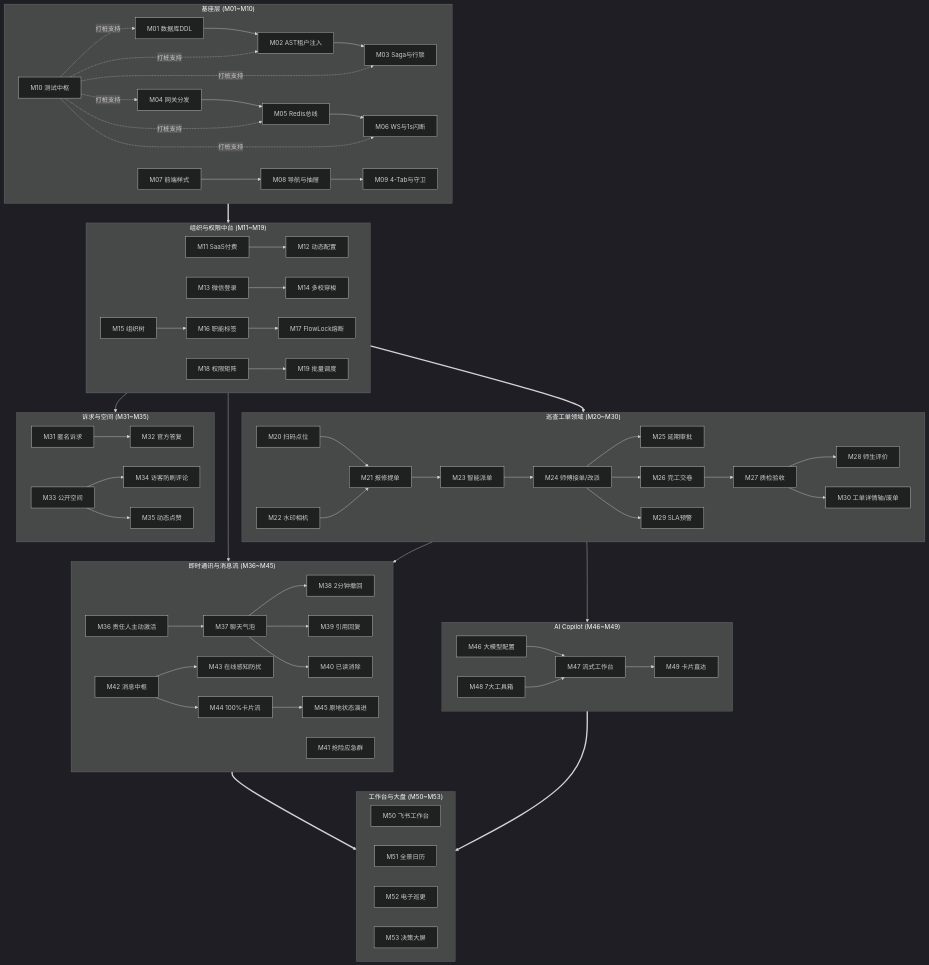
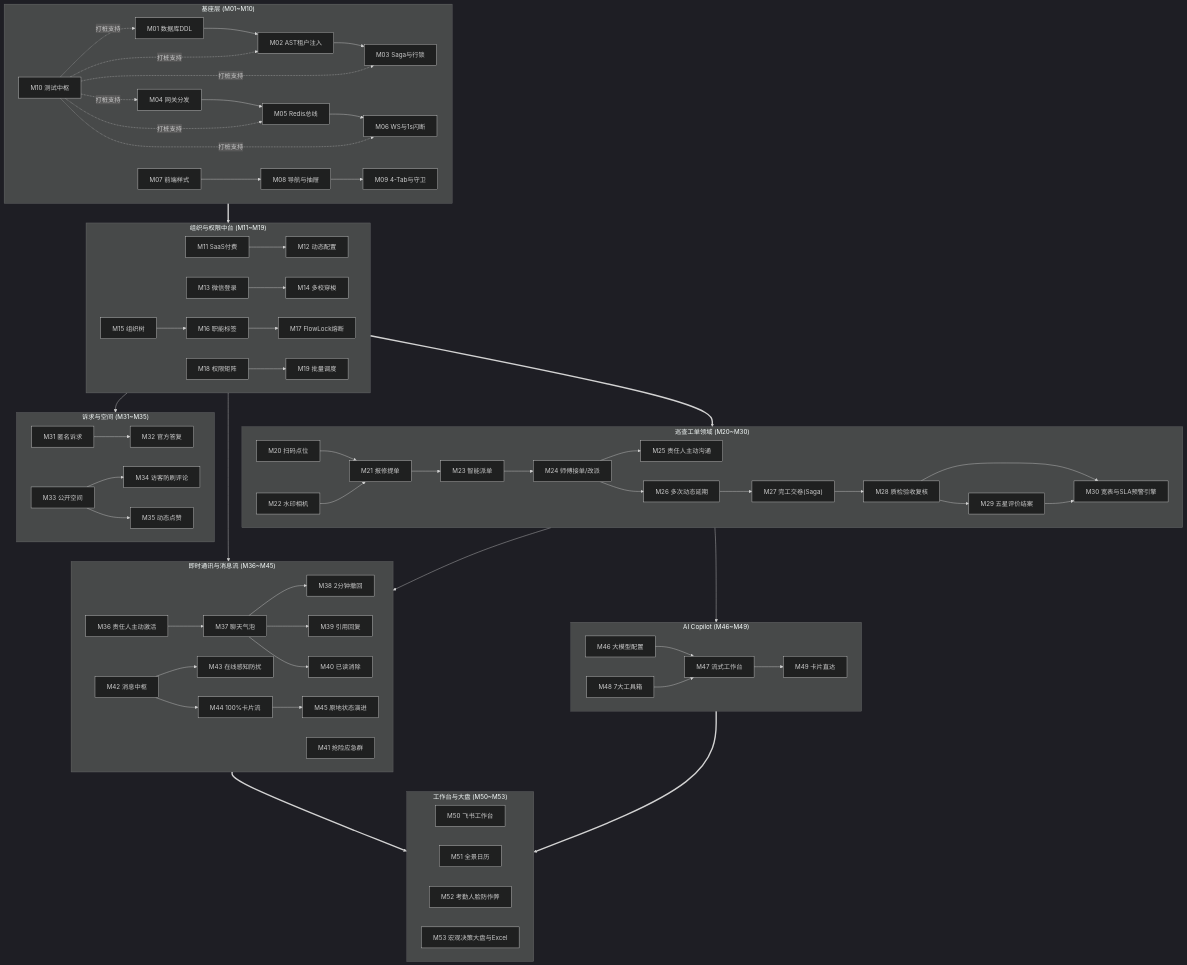
One commit to tiany-z/QuickPatrol changed the third of 3 diagrams in Docs/高校后勤巡查e速办v4.0全系统严谨模块化拆分与详细设计规划.md. Above: the diagram before and after it, drawn with Mermaid (dark theme). The commit also changed other lines of this file and 812 other files, not shown here.

````diff
--- a/Docs/高校后勤巡查e速办v4.0全系统严谨模块化拆分与详细设计规划.md
+++ b/Docs/高校后勤巡查e速办v4.0全系统严谨模块化拆分与详细设计规划.md
@@ -955,68 +955,68 @@
 ```mermaid
 flowchart TD
     subgraph S0["基座层 (M01~M10)"]
         M01["M01 数据库DDL"] --> M02["M02 AST租户注入"]
         M02 --> M03["M03 Saga与行锁"]
         M04["M04 网关分发"] --> M05["M05 Redis总线"]
         M05 --> M06["M06 WS与1s闪断"]
         M07["M07 前端样式"] --> M08["M08 导航与抽屉"]
         M08 --> M09["M09 4-Tab与守卫"]
         M10["M10 测试中枢"] -.->|打桩支持| M01 & M02 & M03 & M04 & M05 & M06
     end
 
     subgraph S1["组织与权限中台 (M11~M19)"]
         M11["M11 SaaS付费"] --> M12["M12 动态配置"]
         M13["M13 微信登录"] --> M14["M14 多校穿梭"]
         M15["M15 组织树"] --> M16["M16 职能标签"]
         M16 --> M17["M17 FlowLock熔断"]
         M18["M18 权限矩阵"] --> M19["M19 批量调度"]
     end
 
     subgraph S2["巡查工单领域 (M20~M30)"]
         M20["M20 扫码点位"] --> M21["M21 报修提单"]
         M22["M22 水印相机"] --> M21
         M21 --> M23["M23 智能派单"]
         M23 --> M24["M24 师傅接单/改派"]
-        M24 --> M25["M25 延期审批"]
-        M24 --> M26["M26 完工交卷"]
-        M26 --> M27["M27 质检验收"]
-        M27 --> M28["M28 师生评价"]
-        M24 --> M29["M29 SLA预警"]
-        M27 --> M30["M30 工单详情轴/废单"]
+        M24 --> M25["M25 责任人主动沟通"]
+        M24 --> M26["M26 多次动态延期"]
+        M26 --> M27["M27 完工交卷(Saga)"]
+        M27 --> M28["M28 质检验收复核"]
+        M28 --> M29["M29 五星评价结案"]
+        M28 & M29 --> M30["M30 宽表与SLA预警引擎"]
     end
 
     subgraph S3["诉求与空间 (M31~M35)"]
         M31["M31 匿名诉求"] --> M32["M32 官方答复"]
         M33["M33 公开空间"] --> M34["M34 访客防刷评论"]
         M33 --> M35["M35 动态点赞"]
     end
 
     subgraph S4["即时通讯与消息流 (M36~M45)"]
         M36["M36 责任人主动激活"] --> M37["M37 聊天气泡"]
         M37 --> M38["M38 2分钟撤回"]
         M37 --> M39["M39 引用回复"]
         M37 --> M40["M40 已读消除"]
         M41["M41 抢险应急群"]
         M42["M42 消息中枢"] --> M43["M43 在线感知防扰"]
         M42 --> M44["M44 100%卡片流"]
         M44 --> M45["M45 原地状态演进"]
     end
 
     subgraph S5["AI Copilot (M46~M49)"]
         M46["M46 大模型配置"] --> M47["M47 流式工作台"]
         M48["M48 7大工具箱"] --> M47
         M47 --> M49["M49 卡片直达"]
     end
 
     subgraph S6["工作台与大盘 (M50~M53)"]
         M50["M50 飞书工作台"]
         M51["M51 全景日历"]
-        M52["M52 电子巡更"]
-        M53["M53 决策大屏"]
+        M52["M52 考勤人脸防作弊"]
+        M53["M53 宏观决策大盘与Excel"]
     end
 
     S0 ==> S1 ==> S2
     S1 --> S3 & S4
     S2 --> S4 & S5
     S4 & S5 ==> S6
 ```
````
